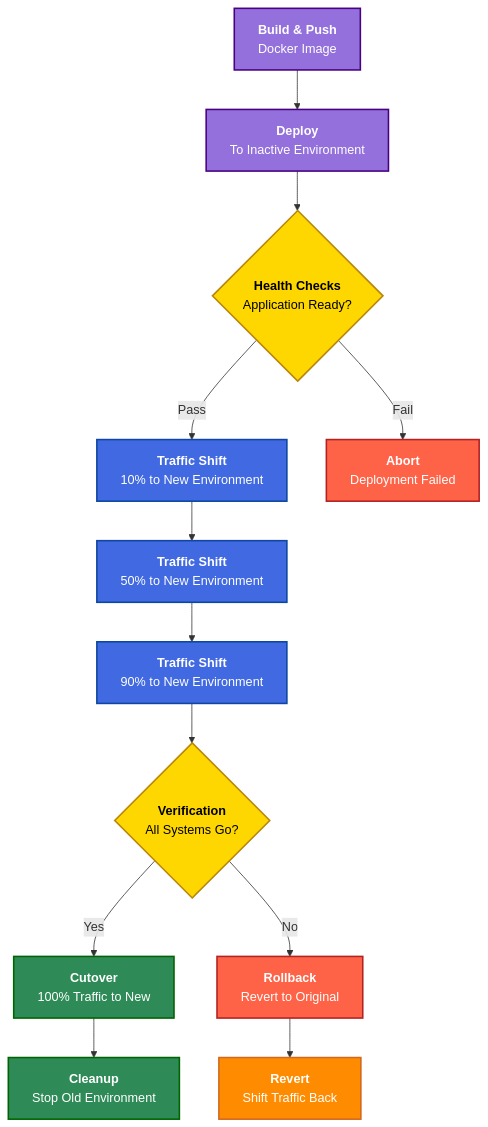
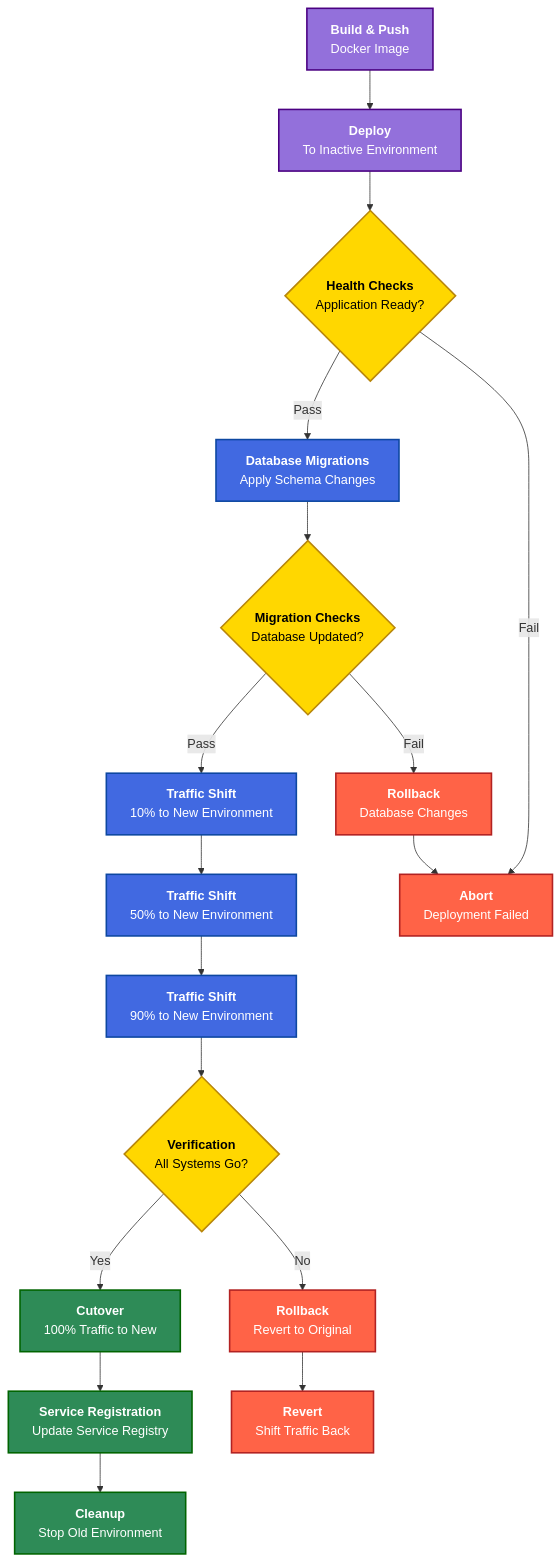
The third of 3 diagrams in README.md (elijahmont3x/blue-green-deploy), drawn with Mermaid before and after one commit. The commit also changed other lines of this file and 5 other files, not shown here.

````diff
--- a/README.md
+++ b/README.md
@@ -88,31 +146,35 @@
 ```mermaid
 flowchart TD
     %% Styling and layout
     classDef primary fill:#4169E1,stroke:#0D47A1,color:white,stroke-width:2px
     classDef secondary fill:#FF6347,stroke:#B22222,color:white,stroke-width:2px
     classDef success fill:#2E8B57,stroke:#006400,color:white,stroke-width:2px
     classDef warning fill:#FF8C00,stroke:#D2691E,color:white,stroke-width:2px
     classDef process fill:#9370DB,stroke:#4B0082,color:white,stroke-width:2px
     classDef decision fill:#FFD700,stroke:#B8860B,color:black,stroke-width:2px
     
     %% Nodes
     A["`**Build & Push**<br>Docker Image`"] --> B["`**Deploy**<br>To Inactive Environment`"]
     B --> C{"`**Health Checks**<br>Application Ready?`"}
-    C -->|Pass| D["`**Traffic Shift**<br>10% to New Environment`"]
-    C -->|Fail| E["`**Abort**<br>Deployment Failed`"]
-    D --> F["`**Traffic Shift**<br>50% to New Environment`"]
-    F --> G["`**Traffic Shift**<br>90% to New Environment`"]
-    G --> H{"`**Verification**<br>All Systems Go?`"}
-    H -->|Yes| I["`**Cutover**<br>100% Traffic to New`"]
-    H -->|No| J["`**Rollback**<br>Revert to Original`"]
-    I --> K["`**Cleanup**<br>Stop Old Environment`"]
-    J --> L["`**Revert**<br>Shift Traffic Back`"]
+    C -->|Pass| D["`**Database Migrations**<br>Apply Schema Changes`"]
+    D --> E{"`**Migration Checks**<br>Database Updated?`"}
+    E -->|Pass| F["`**Traffic Shift**<br>10% to New Environment`"]
+    E -->|Fail| G["`**Rollback**<br>Database Changes`"]
+    G --> Z["`**Abort**<br>Deployment Failed`"]
+    C -->|Fail| Z
+    F --> H["`**Traffic Shift**<br>50% to New Environment`"]
+    H --> I["`**Traffic Shift**<br>90% to New Environment`"]
+    I --> J{"`**Verification**<br>All Systems Go?`"}
+    J -->|Yes| K["`**Cutover**<br>100% Traffic to New`"]
+    J -->|No| L["`**Rollback**<br>Revert to Original`"]
+    K --> M["`**Service Registration**<br>Update Service Registry`"]
+    M --> N["`**Cleanup**<br>Stop Old Environment`"]
+    L --> O["`**Revert**<br>Shift Traffic Back`"]
     
     %% Apply classes
     class A,B process
-    class C,H decision
-    class D,F,G primary
-    class E,J secondary
-    class I,K success
-    class L warning
+    class C,E,J decision
+    class D,F,H,I primary
+    class G,L,O,Z secondary
+    class K,M,N success
 ```
````
